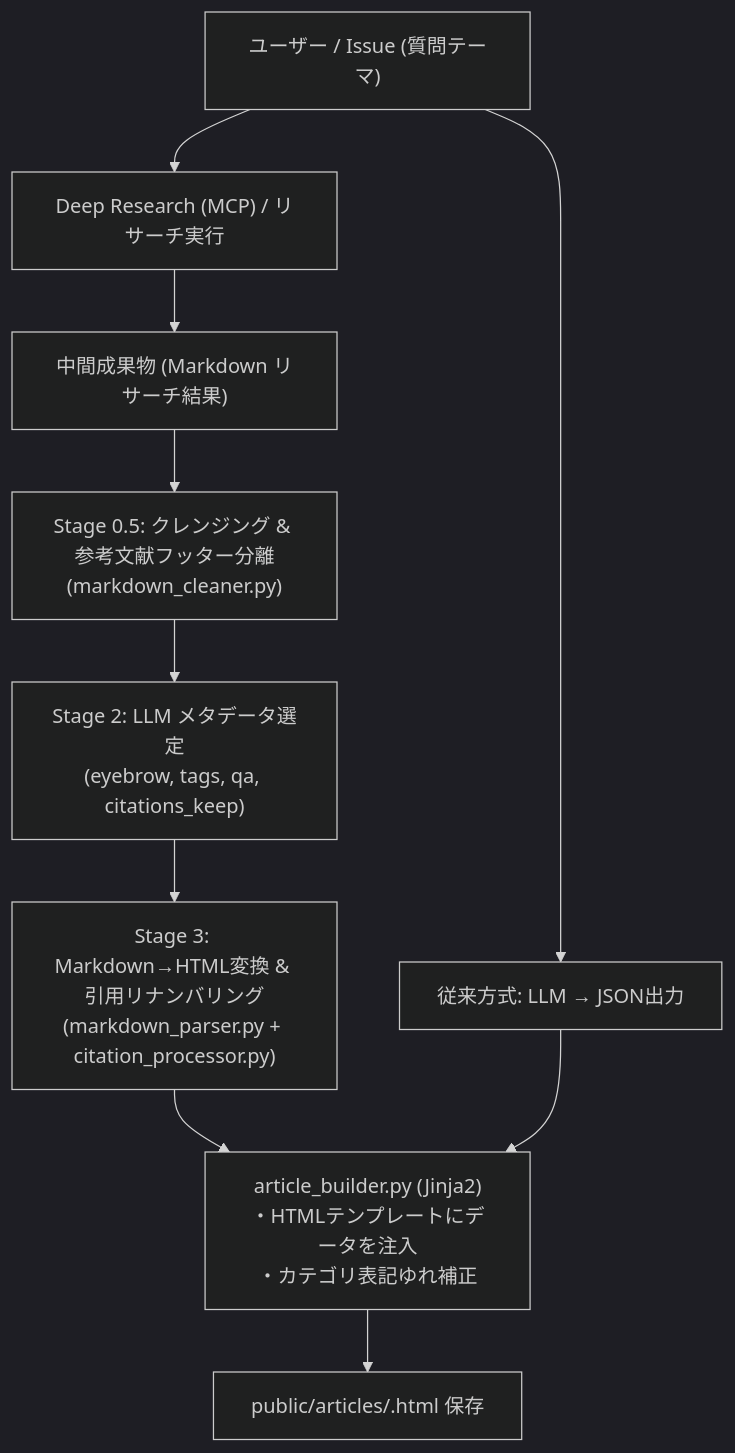
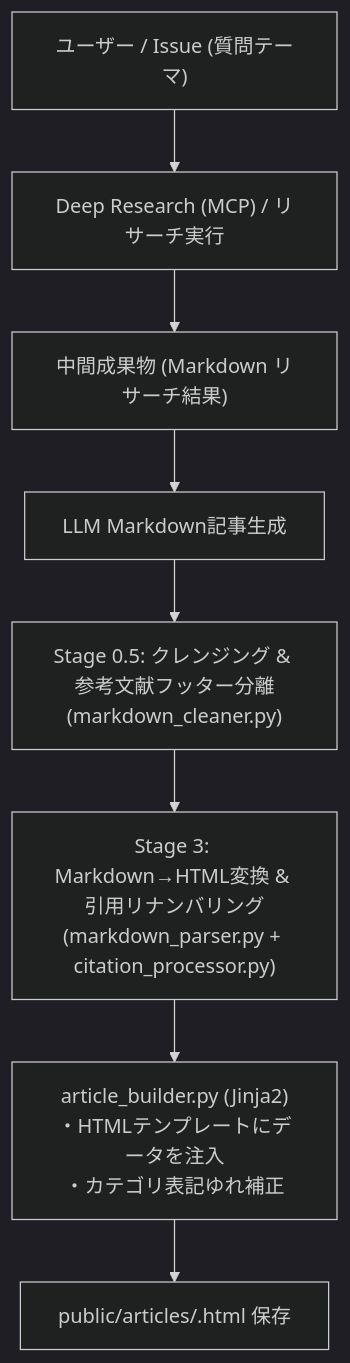
One commit to xzyozi/knowage-bank changed the first of 2 diagrams in docs/design/KNB-DD-007_詳細設計書_ローカルLLM運用仕様.md. Above: the diagram before and after it, drawn with Mermaid (dark theme). The commit also changed other lines of this file and 4 other files, not shown here.

````diff
--- a/docs/design/KNB-DD-007_詳細設計書_ローカルLLM運用仕様.md
+++ b/docs/design/KNB-DD-007_詳細設計書_ローカルLLM運用仕様.md
@@ -93,15 +93,10 @@
 ```mermaid
 flowchart TD
     User["ユーザー / Issue (質問テーマ)"] --> MCP["Deep Research (MCP) / リサーチ実行"]
     MCP --> MidData["中間成果物 (Markdown リサーチ結果)"]
-    
-    MidData --> Stage05["Stage 0.5: クレンジング & 参考文献フッター分離\n(markdown_cleaner.py)"]
-    Stage05 --> LLMMeta["Stage 2: LLM メタデータ選定\n(eyebrow, tags, qa, citations_keep)"]
-    LLMMeta --> Stage3["Stage 3: Markdown→HTML変換 & 引用リナンバリング\n(markdown_parser.py + citation_processor.py)"]
+    MidData --> Markdown["LLM Markdown記事生成"]
+    Markdown --> Stage05["Stage 0.5: クレンジング & 参考文献フッター分離\n(markdown_cleaner.py)"]
+    Stage05 --> Stage3["Stage 3: Markdown→HTML変換 & 引用リナンバリング\n(markdown_parser.py + citation_processor.py)"]
     Stage3 --> Builder["article_builder.py (Jinja2)\n・HTMLテンプレートにデータを注入\n・カテゴリ表記ゆれ補正"]
-    
-    User --> LegacyPath["従来方式: LLM → JSON出力"]
-    LegacyPath --> Builder
-    
     Builder --> SaveHTML["public/articles/<slug>.html 保存"]
 ```
````
